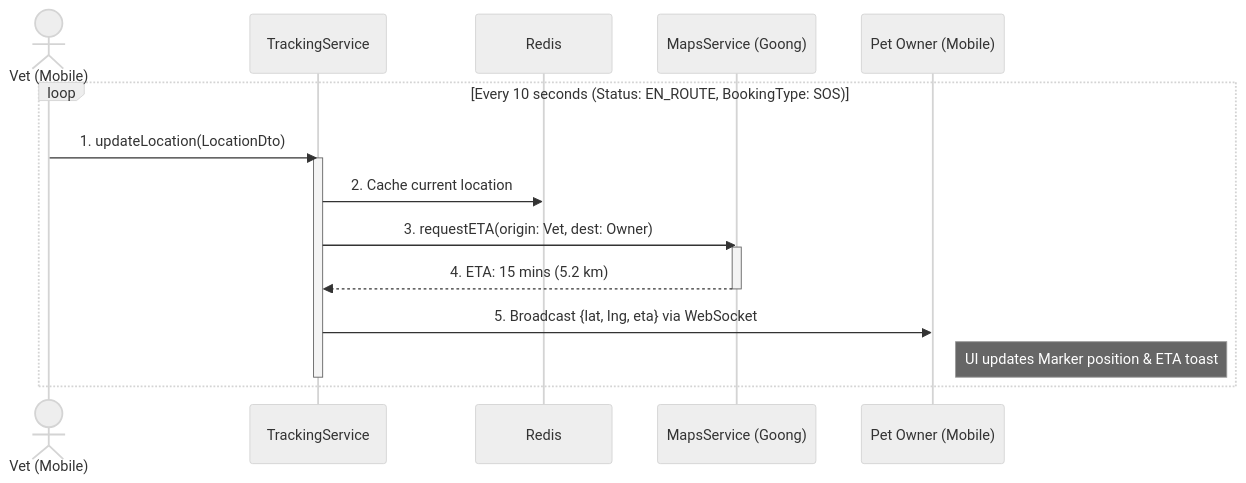
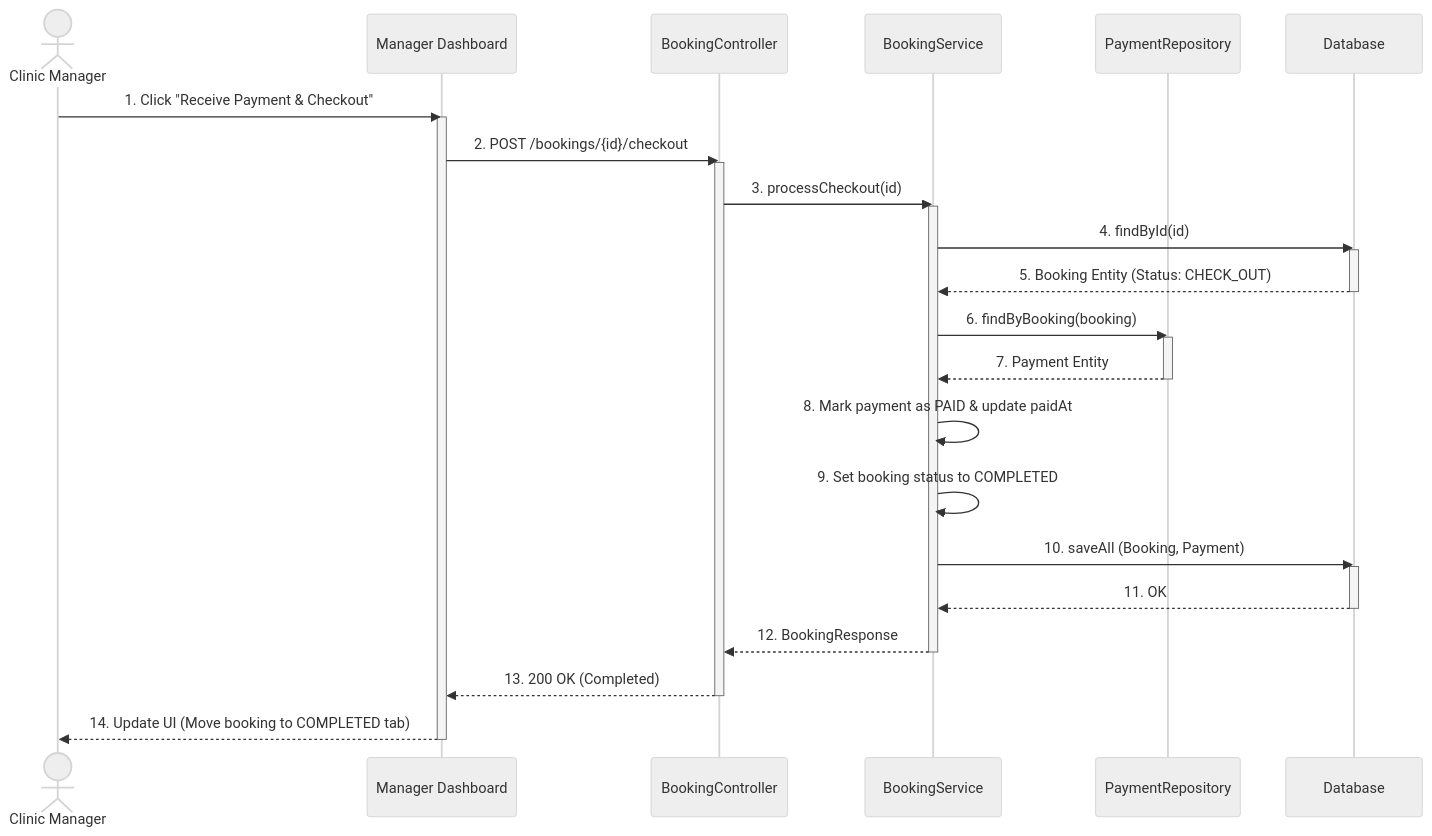
One commit to espresso23/Petties-Veterinary-Appointment-Booking-Platform changed diagram 35 of 44 in docs-references/documentation/SDD/REPORT_4_SDD_SYSTEM_DESIGN.md. Above: the diagram before and after it, drawn with Mermaid (neutral theme). The commit also changed other lines of this file and 105 other files, not shown here.

````diff
--- a/docs-references/documentation/SDD/REPORT_4_SDD_SYSTEM_DESIGN.md
+++ b/docs-references/documentation/SDD/REPORT_4_SDD_SYSTEM_DESIGN.md
@@ -2434,21 +2498,36 @@
 ```mermaid
 sequenceDiagram
-    actor V as Vet (Mobile)
-    participant TS as TrackingService
-    participant RD as Redis
-    participant MS as MapsService (Goong)
-    participant O as Pet Owner (Mobile)
+    actor M as Clinic Manager
+    participant UI as Manager Dashboard
+    participant BC as BookingController
+    participant BS as BookingService
+    participant PR as PaymentRepository
+    participant DB as Database
 
-    loop Every 10 seconds (Status: EN_ROUTE, BookingType: SOS)
-        V->>TS: 1. updateLocation(LocationDto)
-        activate TS
-        TS->>RD: 2. Cache current location
-        TS->>MS: 3. requestETA(origin: Vet, dest: Owner)
-        activate MS
-        MS-->>TS: 4. ETA: 15 mins (5.2 km)
-        deactivate MS
-        TS->>O: 5. Broadcast {lat, lng, eta} via WebSocket
-        Note right of O: UI updates Marker position & ETA toast
-        deactivate TS
-    end
+    M->>UI: 1. Click "Receive Payment & Checkout"
+    activate UI
+    UI->>BC: 2. POST /bookings/{id}/checkout
+    activate BC
+    BC->>BS: 3. processCheckout(id)
+    activate BS
+    BS->>DB: 4. findById(id)
+    activate DB
+    DB-->>BS: 5. Booking Entity (Status: CHECK_OUT)
+    deactivate DB
+    BS->>PR: 6. findByBooking(booking)
+    activate PR
+    PR-->>BS: 7. Payment Entity
+    deactivate PR
+    BS->>BS: 8. Mark payment as PAID & update paidAt
+    BS->>BS: 9. Set booking status to COMPLETED
+    BS->>DB: 10. saveAll (Booking, Payment)
+    activate DB
+    DB-->>BS: 11. OK
+    deactivate DB
+    BS-->>BC: 12. BookingResponse
+    deactivate BS
+    BC-->>UI: 13. 200 OK (Completed)
+    deactivate BC
+    UI-->>M: 14. Update UI (Move booking to COMPLETED tab)
+    deactivate UI
 ```
````
